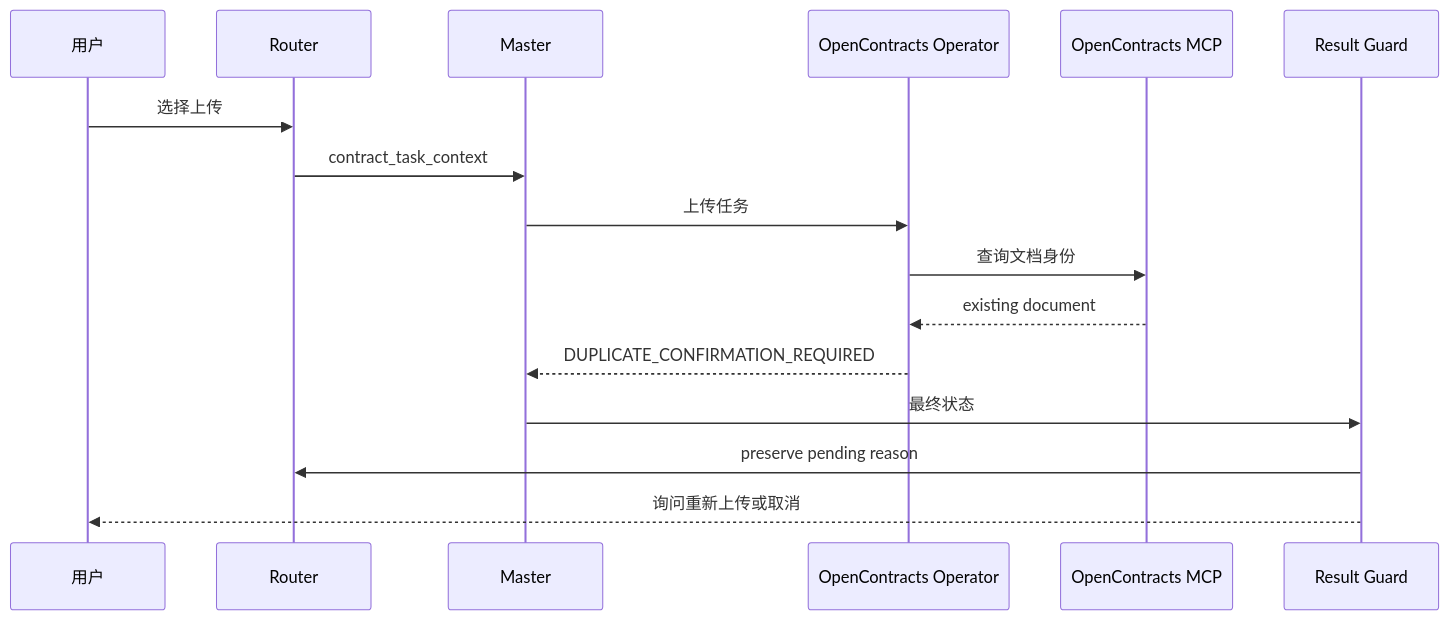
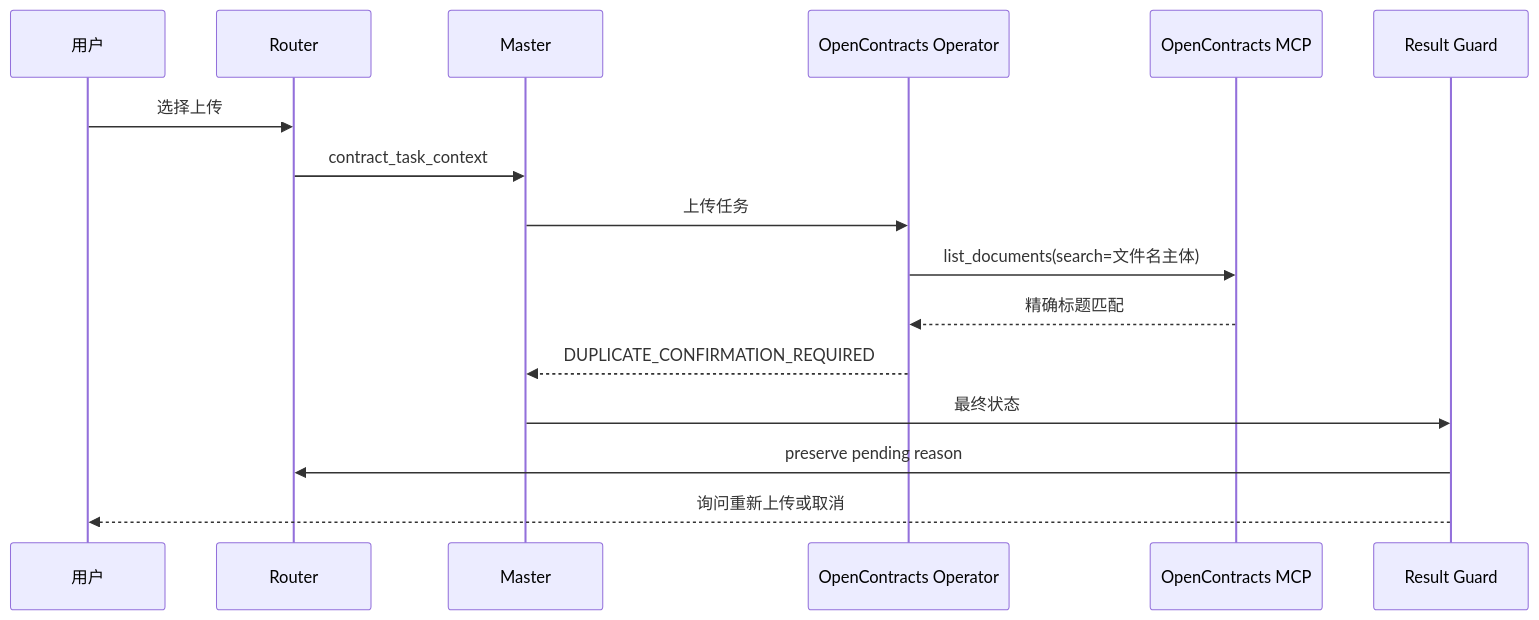
Before and after one commit to Ri0n72Y/ContractBotConfig: the second of 4 diagrams in docs/architecture/upload-sequence.md, drawn with Mermaid. The commit also changed other lines of this file and 43 other files, not shown here.

````diff
--- a/docs/architecture/upload-sequence.md
+++ b/docs/architecture/upload-sequence.md
@@ -42,19 +40,19 @@
 ```mermaid
 sequenceDiagram
     participant U as 用户
     participant R as Router
     participant M as Master
     participant O as OpenContracts Operator
     participant MCP as OpenContracts MCP
     participant RG as Result Guard
 
     U->>R: 选择上传
     R->>M: contract_task_context
     M->>O: 上传任务
-    O->>MCP: 查询文档身份
-    MCP-->>O: existing document
+    O->>MCP: list_documents(search=文件名主体)
+    MCP-->>O: 精确标题匹配
     O-->>M: DUPLICATE_CONFIRMATION_REQUIRED
     M->>RG: 最终状态
     RG->>R: preserve pending reason
     RG-->>U: 询问重新上传或取消
 ```
````
